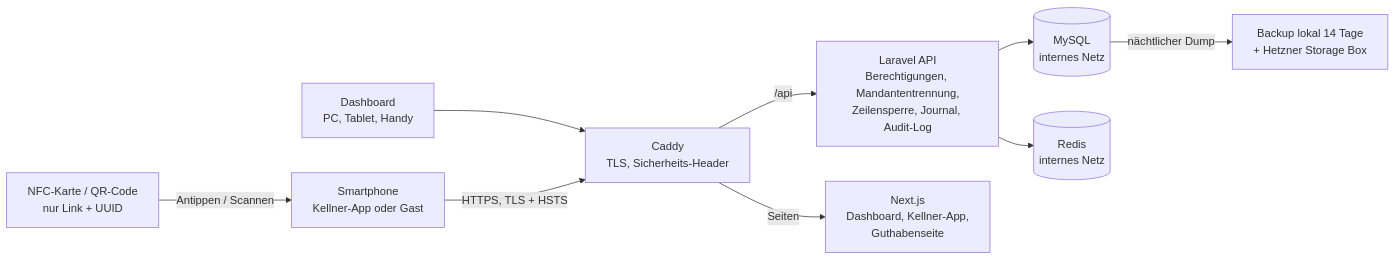
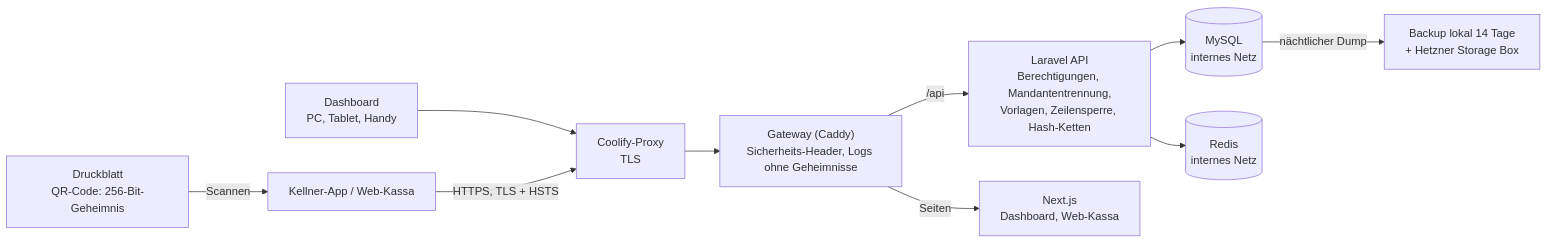
Before and after one commit to morganndesign/nfc-gutscheine: the diagram in docs/de/07-security/security-whitepaper.md, drawn with Mermaid. The commit also changed other lines of this file and 59 other files, not shown here.

First line of the commit message:
Docs: final architecture (ADR-002) in English, German and BHS; 2.0.0 changelog

````diff
--- a/docs/de/07-security/security-whitepaper.md
+++ b/docs/de/07-security/security-whitepaper.md
@@ -52,11 +53,12 @@
 ```mermaid
 flowchart LR
-    Karte["NFC-Karte / QR-Code<br/>nur Link + UUID"] -->|Antippen / Scannen| Handy["Smartphone<br/>Kellner-App oder Gast"]
-    PC["Dashboard<br/>PC, Tablet, Handy"] --> Caddy
-    Handy -->|HTTPS, TLS + HSTS| Caddy["Caddy<br/>TLS, Sicherheits-Header"]
-    Caddy -->|/api| API["Laravel API<br/>Berechtigungen, Mandantentrennung,<br/>Zeilensperre, Journal, Audit-Log"]
-    Caddy -->|Seiten| Web["Next.js<br/>Dashboard, Kellner-App,<br/>Guthabenseite"]
+    QR["Druckblatt<br/>QR-Code: 256-Bit-Geheimnis"] -->|Scannen| Handy["Kellner-App / Web-Kassa"]
+    PC["Dashboard<br/>PC, Tablet, Handy"] --> Proxy
+    Handy -->|HTTPS, TLS + HSTS| Proxy["Coolify-Proxy<br/>TLS"]
+    Proxy --> GW["Gateway (Caddy)<br/>Sicherheits-Header, Logs ohne Geheimnisse"]
+    GW -->|/api| API["Laravel API<br/>Berechtigungen, Mandantentrennung,<br/>Vorlagen, Zeilensperre, Hash-Ketten"]
+    GW -->|Seiten| Web["Next.js<br/>Dashboard, Web-Kassa"]
     API --> DB[("MySQL<br/>internes Netz")]
     API --> Redis[("Redis<br/>internes Netz")]
     DB -->|nächtlicher Dump| Backup["Backup lokal 14 Tage<br/>+ Hetzner Storage Box"]
 ```
````
